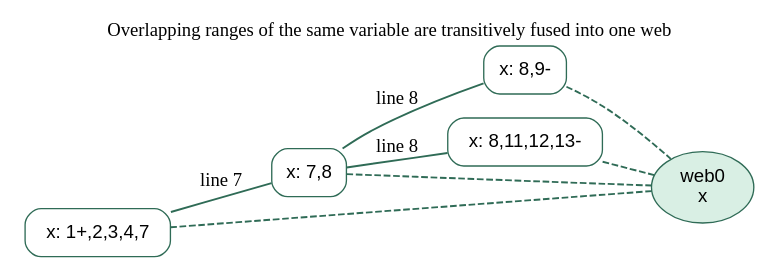
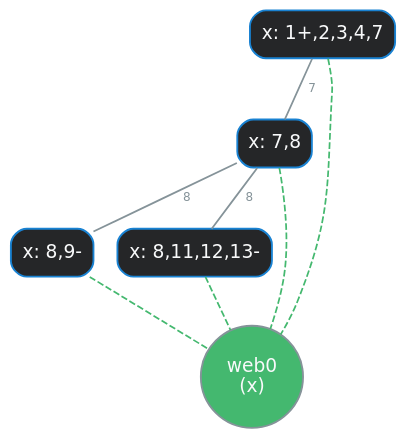
Before and after one commit to AlexDTT/CompilerRegisterAllocationProject: the diagram in dox/example_web_fusion.dot, drawn with Graphviz. The commit also changed 88 other files, not shown here.

```diff
--- a/dox/example_web_fusion.dot
+++ b/dox/example_web_fusion.dot
@@ -1,22 +1,20 @@
 graph web_fusion_example {
-    rankdir=LR;
-    node [shape=box, style=rounded, fontname="Helvetica", color="#2f6b56"];
-    edge [color="#2f6b56", penwidth=1.4];
+    bgcolor="transparent";
+    node [shape=box, style="filled,rounded", fontname="DejaVu Sans", fontcolor="#f8f9fa", color="#859399", fillcolor="#252628", penwidth=1.4];
+    edge [color="#859399", penwidth=1.3, fontname="DejaVu Sans", fontcolor="#859399", fontsize=9];
 
-    r0 [label="x: 1+,2,3,4,7"];
-    r1 [label="x: 7,8"];
-    r2 [label="x: 8,9-"];
-    r3 [label="x: 8,11,12,13-"];
-    web0 [shape=ellipse, style=filled, fillcolor="#d9efe4", label="web0\nx"];
+    r0 [label="x: 1+,2,3,4,7", fillcolor="#252628", color="#1982d2"];
+    r1 [label="x: 7,8", fillcolor="#252628", color="#1982d2"];
+    r2 [label="x: 8,9-", fillcolor="#252628", color="#1982d2"];
+    r3 [label="x: 8,11,12,13-", fillcolor="#252628", color="#1982d2"];
+    web0 [shape=circle, fillcolor="#44b86f", label="web0\n(x)"];
 
-    r0 -- r1 [label="line 7"];
-    r1 -- r2 [label="line 8"];
-    r1 -- r3 [label="line 8"];
-    r0 -- web0 [style=dashed];
-    r1 -- web0 [style=dashed];
-    r2 -- web0 [style=dashed];
-    r3 -- web0 [style=dashed];
+    r0 -- r1 [label="  7  "];
+    r1 -- r2 [label="  8  "];
+    r1 -- r3 [label="  8  "];
 
-    label="Overlapping ranges of the same variable are transitively fused into one web";
-    labelloc=t;
+    r0 -- web0 [style=dashed, color="#44b86f"];
+    r1 -- web0 [style=dashed, color="#44b86f"];
+    r2 -- web0 [style=dashed, color="#44b86f"];
+    r3 -- web0 [style=dashed, color="#44b86f"];
 }
```
